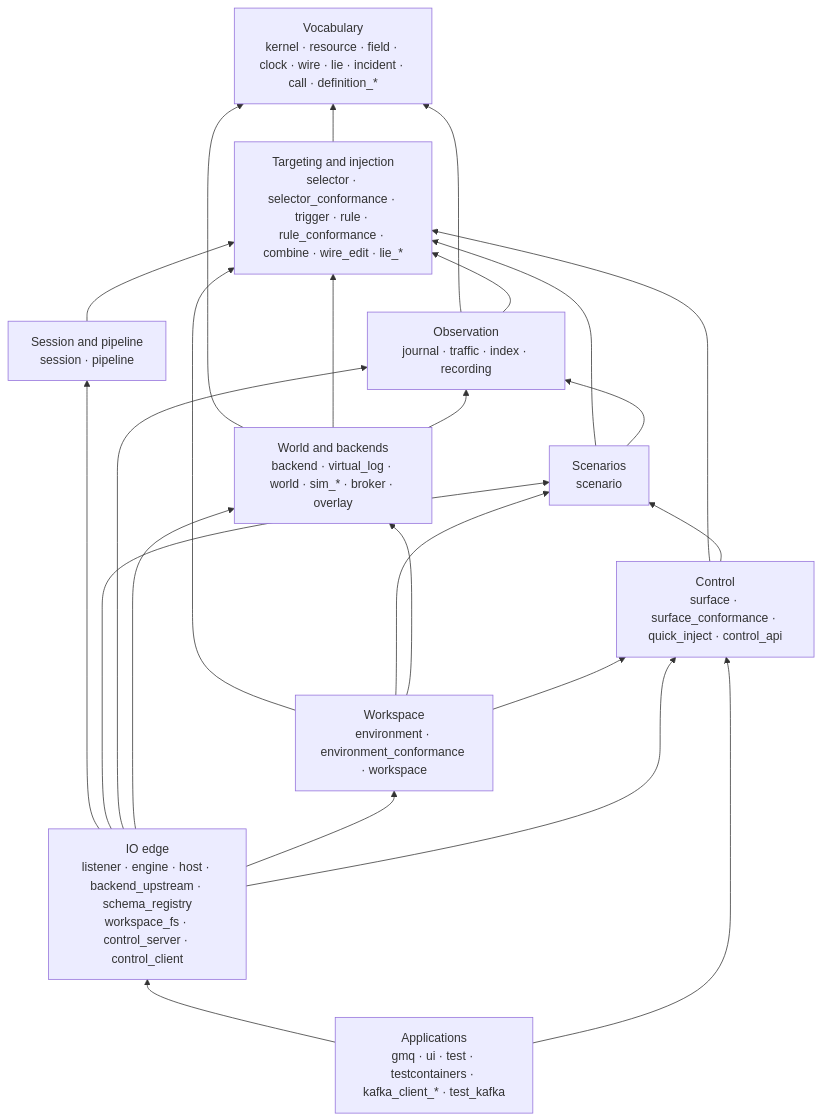
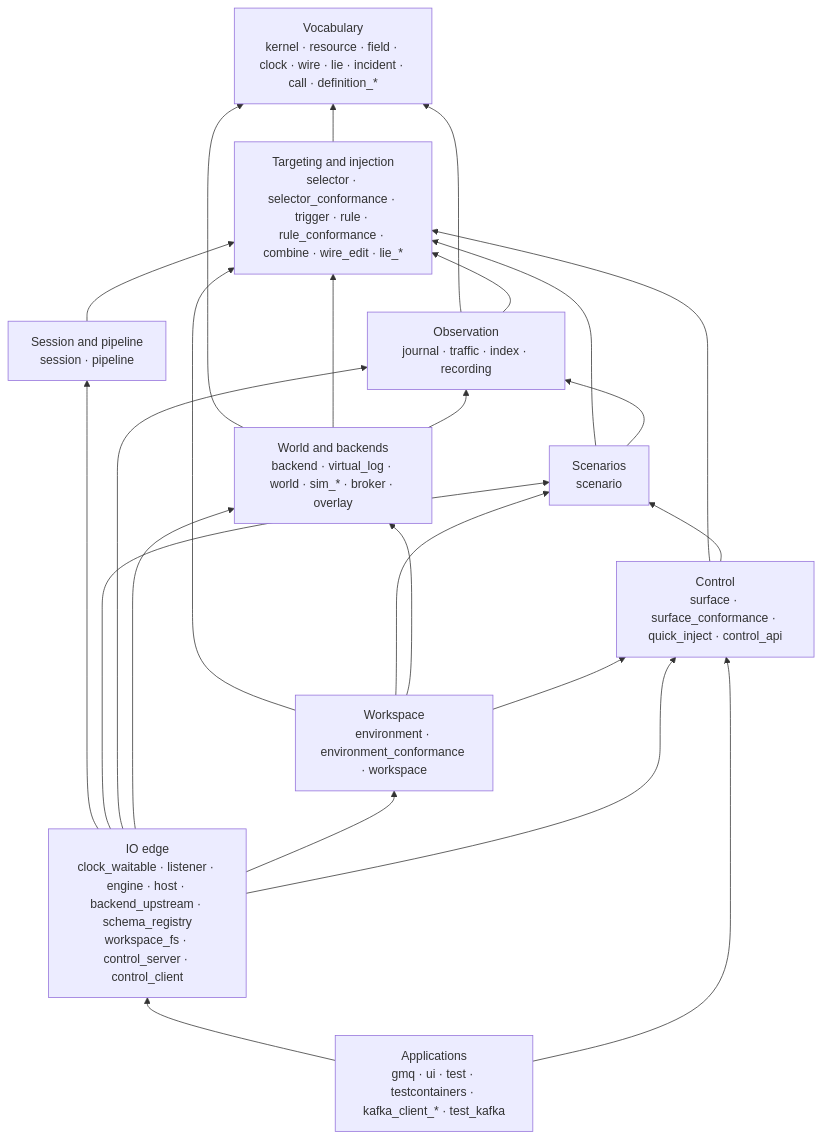
Before and after one commit to cruxy-eu/gaslightmq: the diagram in docs/specs/architecture/crates.md, drawn with Mermaid. The commit also changed other lines of this file and 26 other files, not shown here.

First line of the commit message:
feat(host): one process runs several environments over one workspace (#67)

````diff
--- a/docs/specs/architecture/crates.md
+++ b/docs/specs/architecture/crates.md
@@ -249,37 +249,37 @@
 ```mermaid
 flowchart BT
   V["Vocabulary<br/>kernel · resource · field · clock · wire · lie · incident · call · definition_*"]
   T["Targeting and injection<br/>selector · selector_conformance · trigger · rule · rule_conformance · combine · wire_edit · lie_*"]
   P["Session and pipeline<br/>session · pipeline"]
   S["Scenarios<br/>scenario"]
   O["Observation<br/>journal · traffic · index · recording"]
   W["World and backends<br/>backend · virtual_log · world · sim_* · broker · overlay"]
   F["Workspace<br/>environment · environment_conformance · workspace"]
   C["Control<br/>surface · surface_conformance · quick_inject · control_api"]
-  IO["IO edge<br/>listener · engine · host · backend_upstream · schema_registry<br/>workspace_fs · control_server · control_client"]
+  IO["IO edge<br/>clock_waitable · listener · engine · host · backend_upstream · schema_registry<br/>workspace_fs · control_server · control_client"]
   A["Applications<br/>gmq · ui · test · testcontainers · kafka_client_* · test_kafka"]
 
   T --> V
   P --> T
   S --> T
   S --> O
   O --> V
   O --> T
   W --> V
   W --> T
   W --> O
   F --> T
   F --> S
   F --> W
   F --> C
   C --> T
   C --> S
   IO --> P
   IO --> S
   IO --> O
   IO --> W
   IO --> F
   IO --> C
   A --> IO
   A --> C
 ```
````
